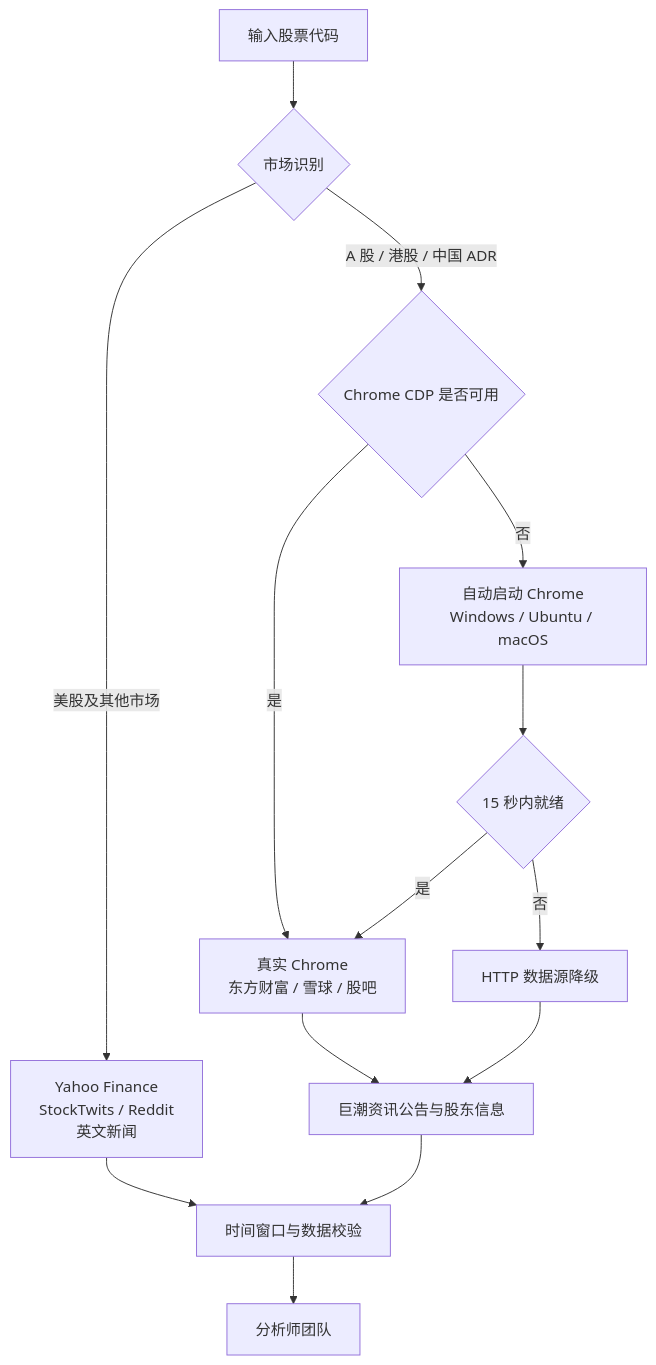
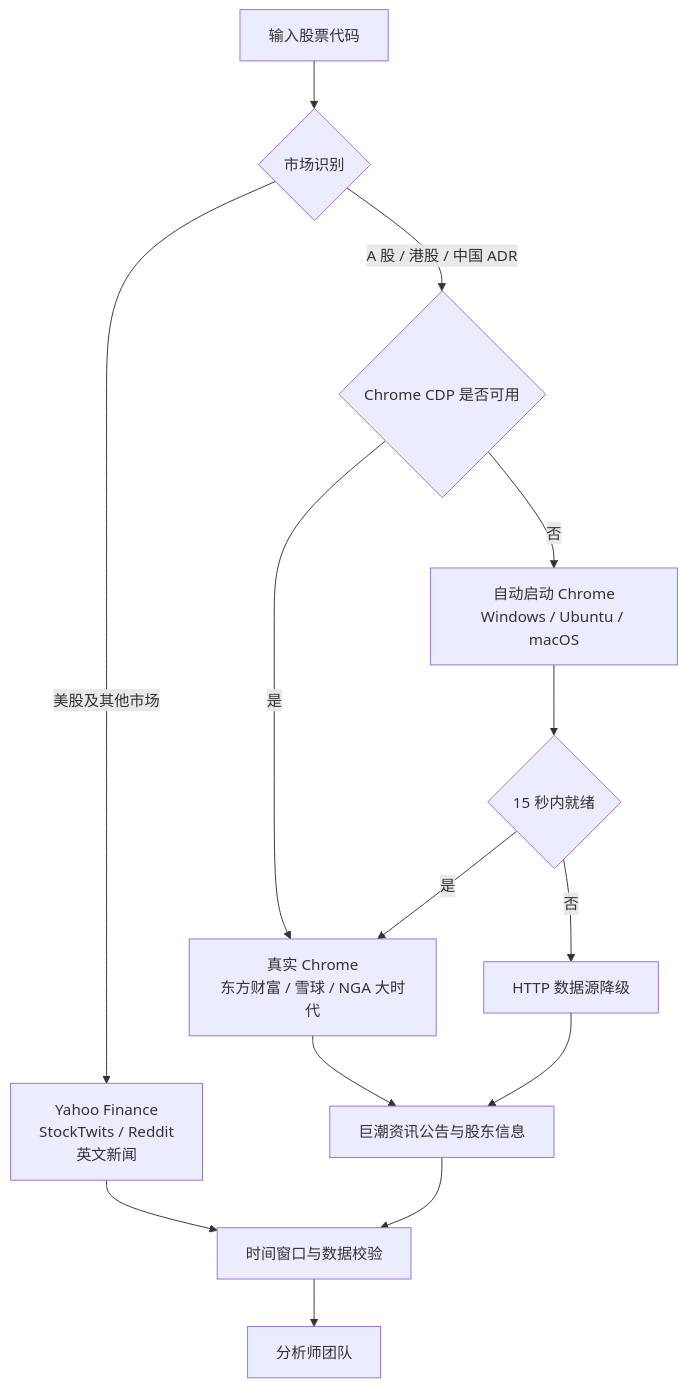
Before and after one commit to Fr4nkxx/FxxkStock: the third of 3 diagrams in README.md, drawn with Mermaid. The commit also changed other lines of this file, not shown here.

Commit message:
Add NGA 大时代 to Chinese community data sources

````diff
--- a/README.md
+++ b/README.md
@@ -140,16 +140,16 @@
 ```mermaid
 flowchart TD
     TICKER["输入股票代码"] --> REGION{"市场识别"}
     REGION -->|美股及其他市场| GLOBAL["Yahoo Finance<br/>StockTwits / Reddit<br/>英文新闻"]
     REGION -->|A 股 / 港股 / 中国 ADR| CDP{"Chrome CDP 是否可用"}
-    CDP -->|是| BROWSER["真实 Chrome<br/>东方财富 / 雪球 / 股吧"]
+    CDP -->|是| BROWSER["真实 Chrome<br/>东方财富 / 雪球 / NGA 大时代"]
     CDP -->|否| START["自动启动 Chrome<br/>Windows / Ubuntu / macOS"]
     START --> READY{"15 秒内就绪"}
     READY -->|是| BROWSER
     READY -->|否| HTTP["HTTP 数据源降级"]
     BROWSER --> CNINFO["巨潮资讯公告与股东信息"]
     HTTP --> CNINFO
     GLOBAL --> VERIFY["时间窗口与数据校验"]
     CNINFO --> VERIFY
     VERIFY --> AGENTS["分析师团队"]
 ```
````
